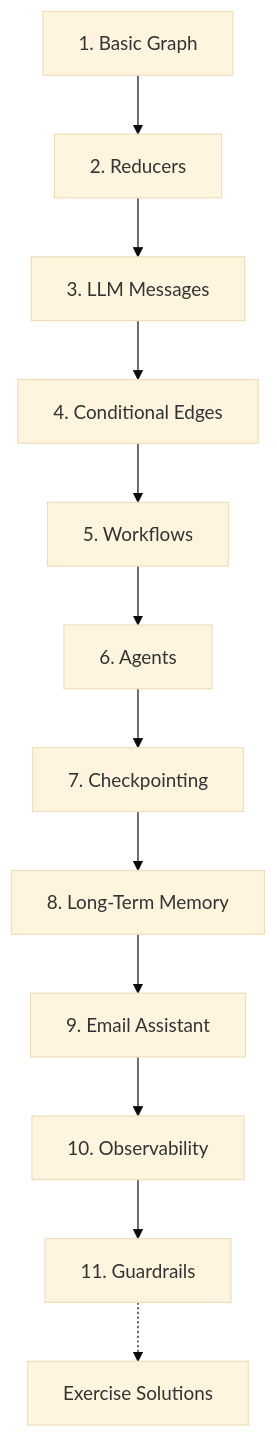
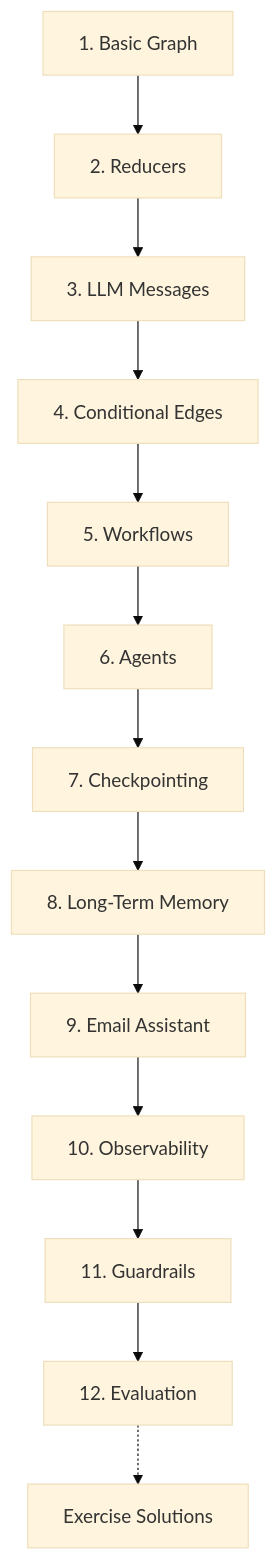
One commit to Walid-Ahmed/langgraph-tutorials changed the second of 2 diagrams in README.md. Above: the diagram before and after it, drawn with Mermaid (base theme). The commit also changed other lines of this file and 23 other files, not shown here.

````diff
--- a/README.md
+++ b/README.md
@@ -63,14 +63,15 @@
 ```mermaid
 flowchart TD
     A["1. Basic Graph"] --> B["2. Reducers"]
     B --> C["3. LLM Messages"]
     C --> D["4. Conditional Edges"]
     D --> E["5. Workflows"]
     E --> F["6. Agents"]
     F --> G["7. Checkpointing"]
     G --> H["8. Long-Term Memory"]
     H --> I["9. Email Assistant"]
     I --> K["10. Observability"]
     K --> L["11. Guardrails"]
-    L -.-> J["Exercise Solutions"]
+    L --> M["12. Evaluation"]
+    M -.-> J["Exercise Solutions"]
 ```
````
